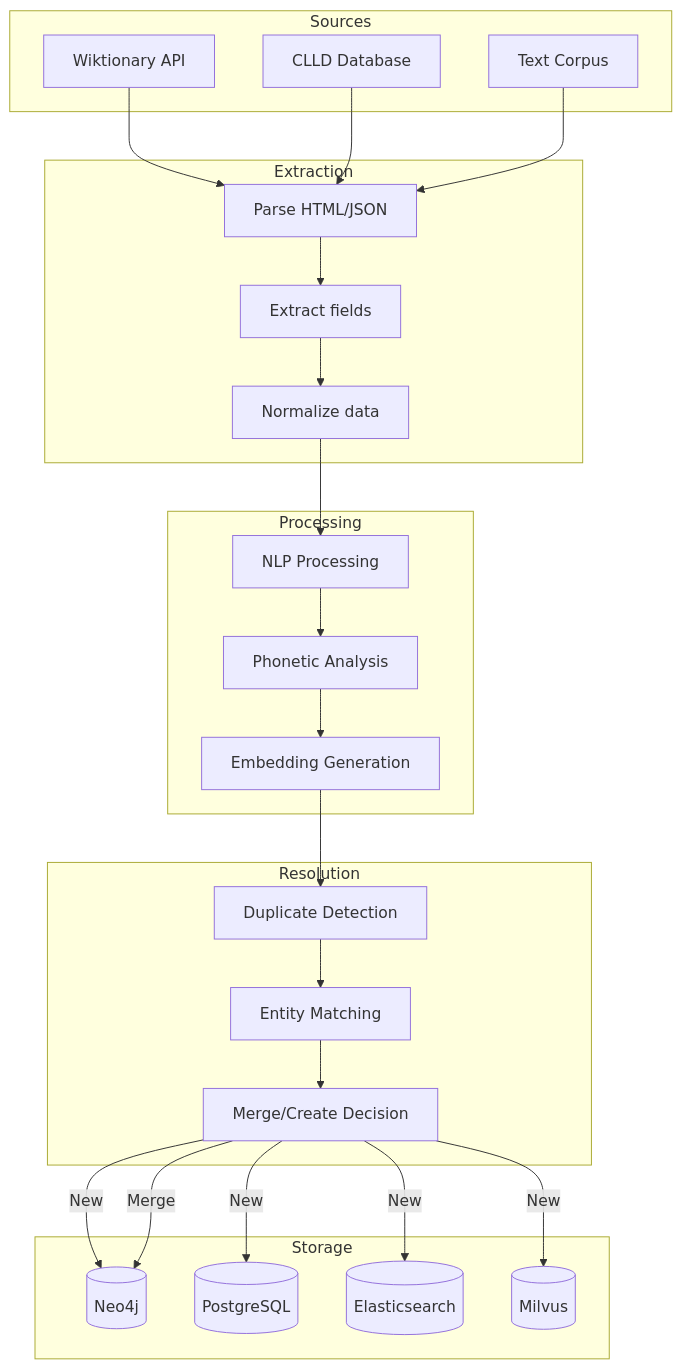
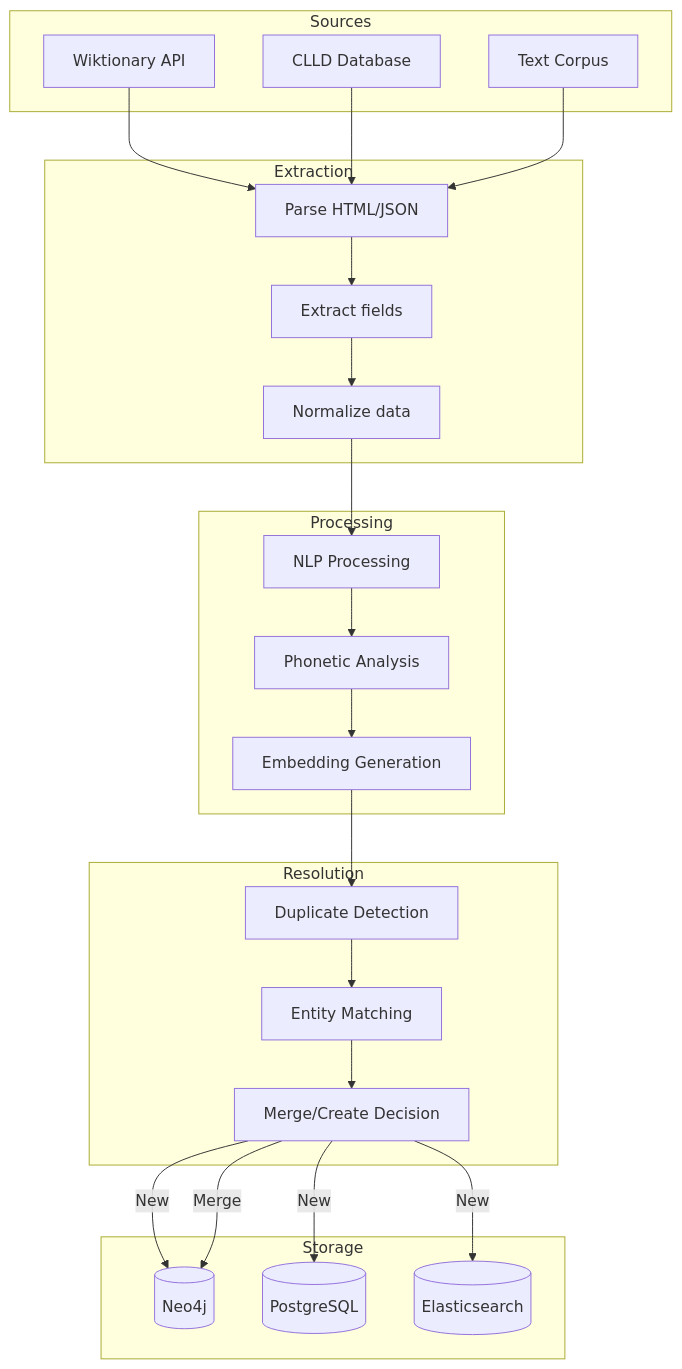
Before and after one commit to kase1111-hash/Lexicon: the fourth of 9 diagrams in docs/architecture.md, drawn with Mermaid. The commit also changed other lines of this file and 6 other files, not shown here.

````diff
--- a/docs/architecture.md
+++ b/docs/architecture.md
@@ -231,51 +209,49 @@
 ```mermaid
 flowchart TD
     subgraph "Sources"
         S1[Wiktionary API]
         S2[CLLD Database]
         S3[Text Corpus]
     end
 
     subgraph "Extraction"
         E1[Parse HTML/JSON]
         E2[Extract fields]
         E3[Normalize data]
     end
 
     subgraph "Processing"
         P1[NLP Processing]
         P2[Phonetic Analysis]
         P3[Embedding Generation]
     end
 
     subgraph "Resolution"
         R1[Duplicate Detection]
         R2[Entity Matching]
         R3[Merge/Create Decision]
     end
 
     subgraph "Storage"
         D1[(Neo4j)]
         D2[(PostgreSQL)]
         D3[(Elasticsearch)]
-        D4[(Milvus)]
     end
 
     S1 --> E1
     S2 --> E1
     S3 --> E1
 
     E1 --> E2 --> E3
     E3 --> P1
 
     P1 --> P2 --> P3
     P3 --> R1
 
     R1 --> R2 --> R3
 
     R3 -->|New| D1
     R3 -->|New| D2
     R3 -->|New| D3
-    R3 -->|New| D4
     R3 -->|Merge| D1
 ```
````
